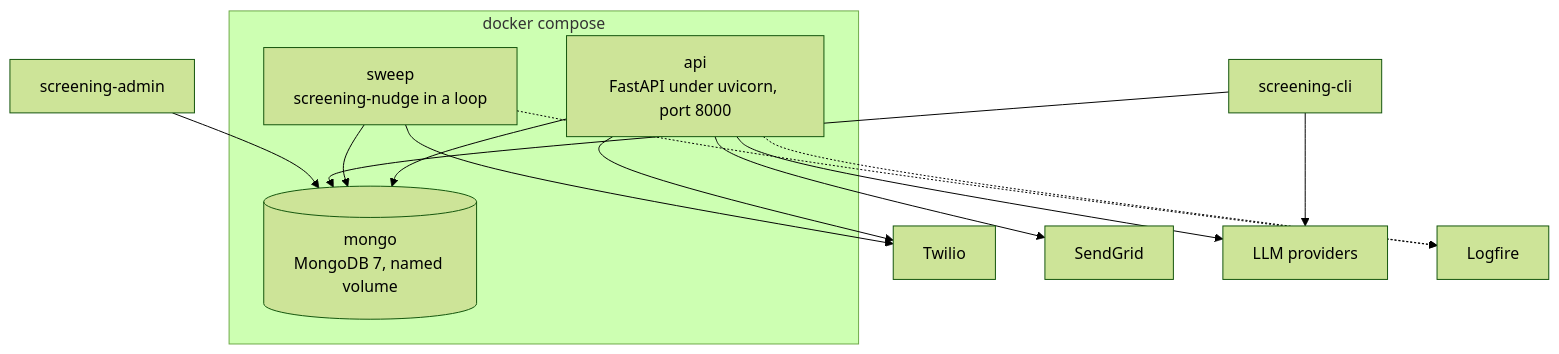
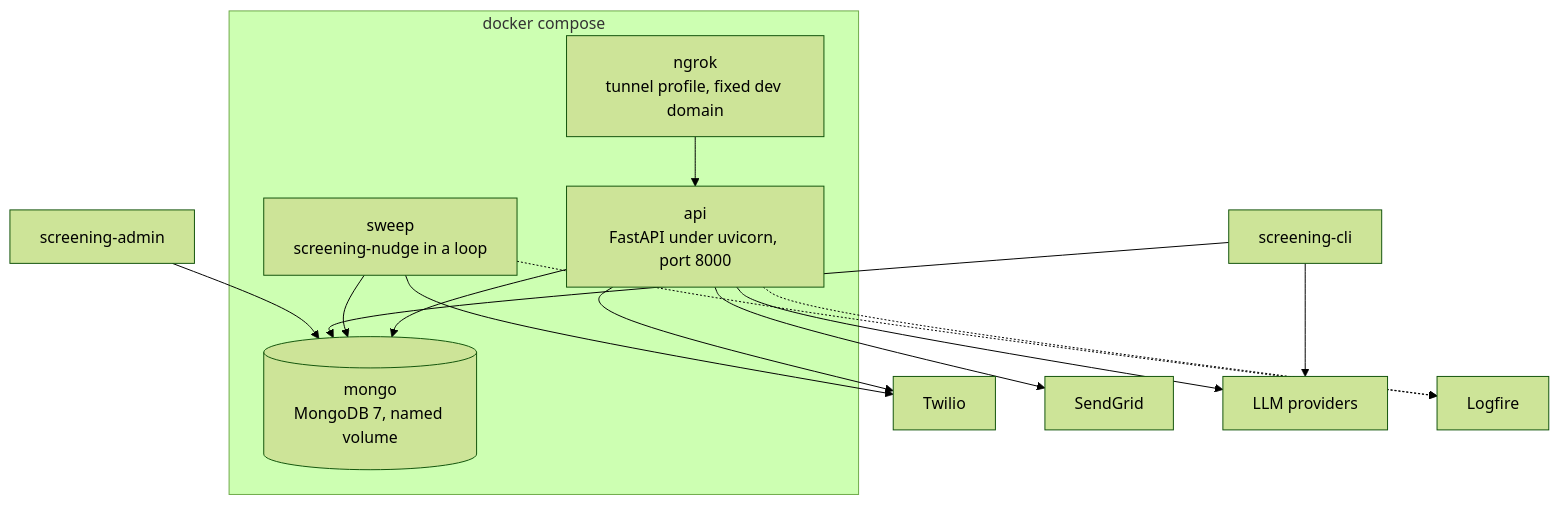
The second of 5 diagrams in README.md (bumblB33/grupo-sazon-recruiting), drawn with Mermaid (forest theme) before and after one commit. The commit also changed other lines of this file and 7 other files, not shown here.

First line of the commit message:
Move the day plan into STATUS, add the ngrok tunnel service and scrub the runbook

````diff
--- a/README.md
+++ b/README.md
@@ -250,28 +253,30 @@
 ```mermaid
 flowchart TB
     subgraph compose [docker compose]
         api[api<br/>FastAPI under uvicorn, port 8000]
         sweep[sweep<br/>screening-nudge in a loop]
         mongo[(mongo<br/>MongoDB 7, named volume)]
+        ngrok[ngrok<br/>tunnel profile, fixed dev domain]
     end
     cli[screening-cli]
     admin[screening-admin]
 
     twilio[Twilio]
     sendgrid[SendGrid]
     llm[LLM providers]
     logfire[Logfire]
 
+    ngrok --> api
     api --> mongo
     sweep --> mongo
     cli --> mongo
     admin --> mongo
 
     api --> twilio
     api --> sendgrid
     api --> llm
     sweep --> twilio
     cli --> llm
     api -.-> logfire
     sweep -.-> logfire
 ```
````
